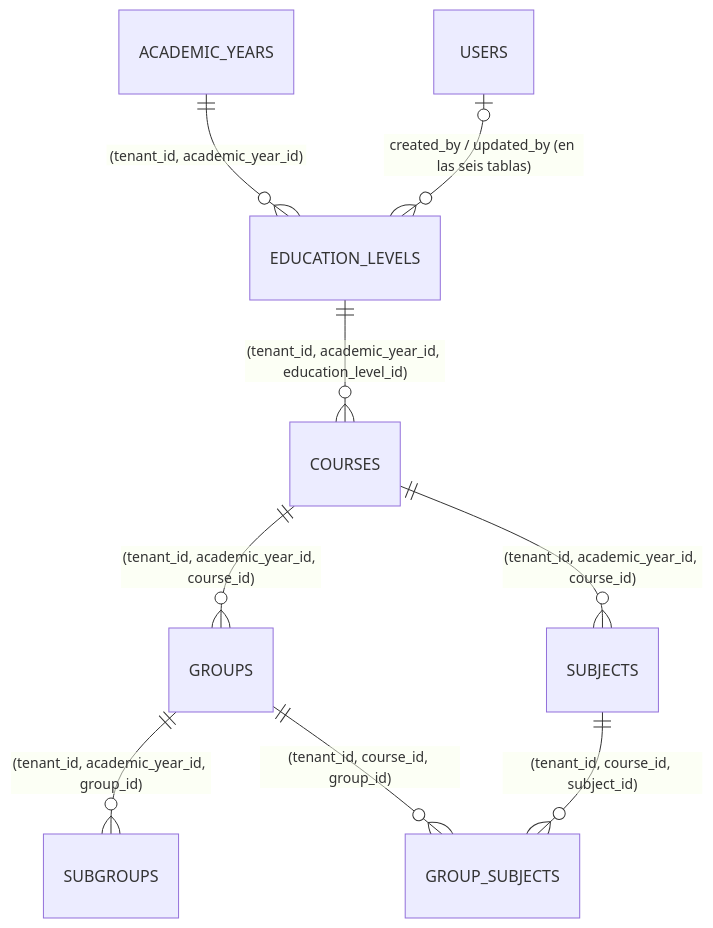
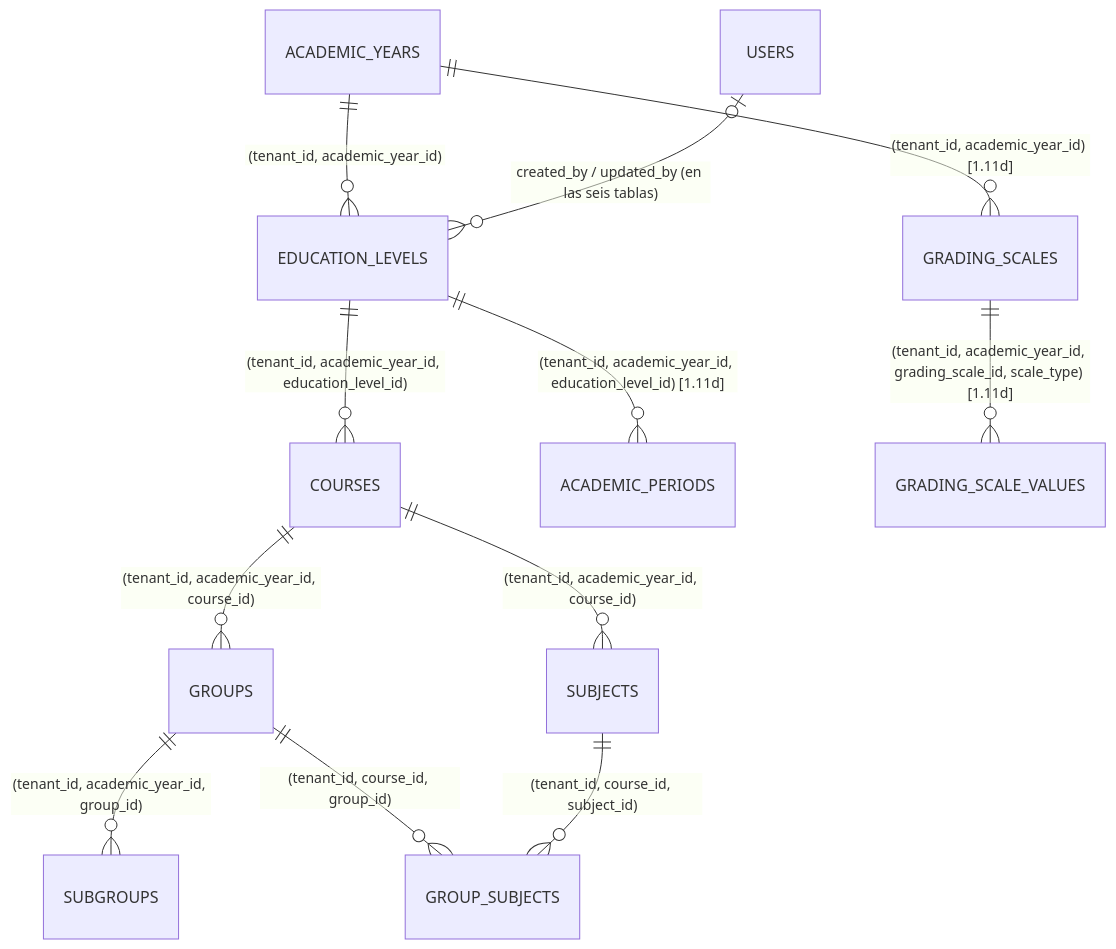
The diagram in docs/modulos/REQ-ACAD/datos.md (pirexia/plataforma-educativa), drawn with Mermaid before and after one commit. The commit also changed other lines of this file and 12 other files, not shown here.

````diff
--- a/docs/modulos/REQ-ACAD/datos.md
+++ b/docs/modulos/REQ-ACAD/datos.md
@@ -111,11 +207,14 @@
 ```mermaid
 erDiagram
     ACADEMIC_YEARS ||--o{ EDUCATION_LEVELS : "(tenant_id, academic_year_id)"
     EDUCATION_LEVELS ||--o{ COURSES : "(tenant_id, academic_year_id, education_level_id)"
     COURSES ||--o{ GROUPS : "(tenant_id, academic_year_id, course_id)"
     COURSES ||--o{ SUBJECTS : "(tenant_id, academic_year_id, course_id)"
     GROUPS ||--o{ SUBGROUPS : "(tenant_id, academic_year_id, group_id)"
     GROUPS ||--o{ GROUP_SUBJECTS : "(tenant_id, course_id, group_id)"
     SUBJECTS ||--o{ GROUP_SUBJECTS : "(tenant_id, course_id, subject_id)"
     USERS |o--o{ EDUCATION_LEVELS : "created_by / updated_by (en las seis tablas)"
+    EDUCATION_LEVELS ||--o{ ACADEMIC_PERIODS : "(tenant_id, academic_year_id, education_level_id) [1.11d]"
+    ACADEMIC_YEARS ||--o{ GRADING_SCALES : "(tenant_id, academic_year_id) [1.11d]"
+    GRADING_SCALES ||--o{ GRADING_SCALE_VALUES : "(tenant_id, academic_year_id, grading_scale_id, scale_type) [1.11d]"
 ```
````
